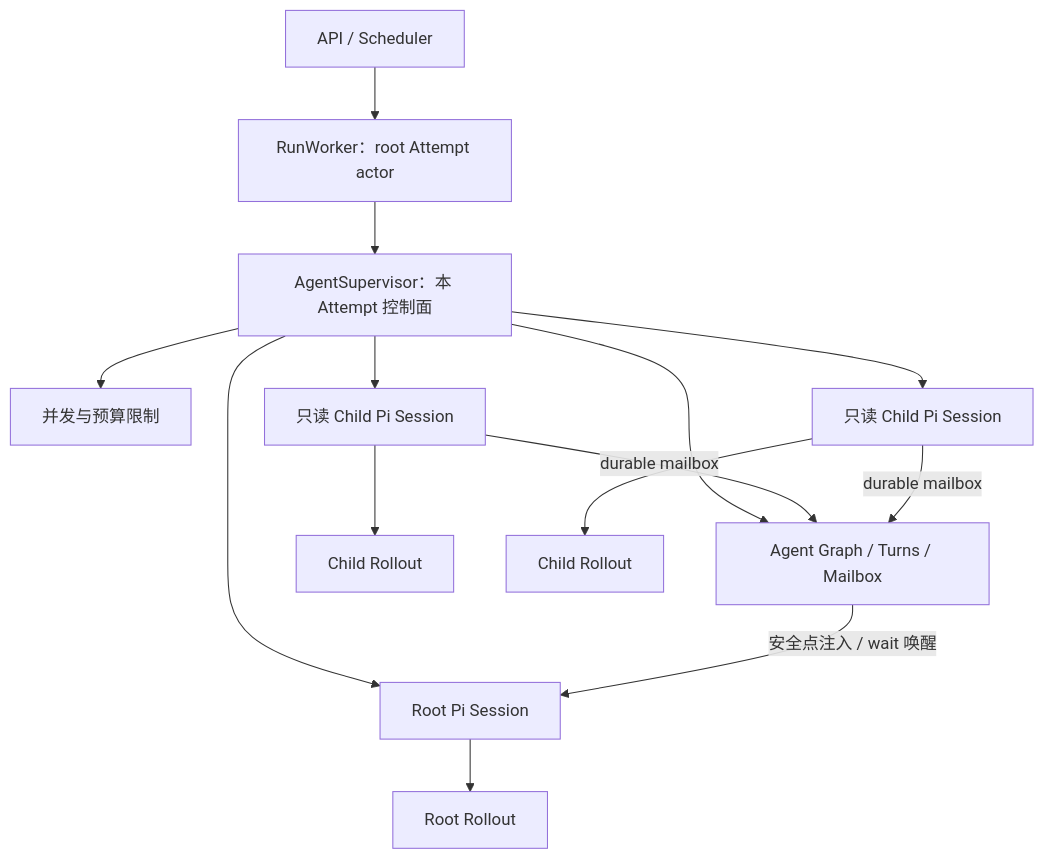
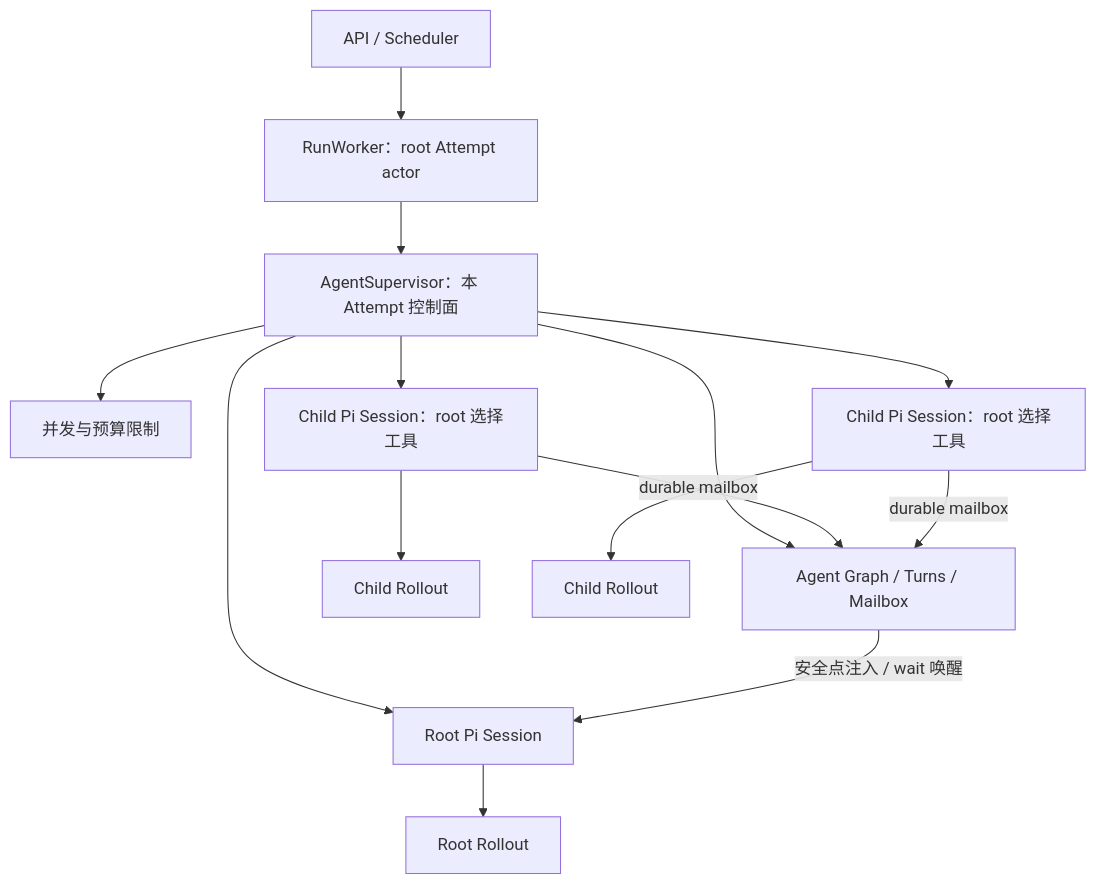
One commit to hooxing/hoox changed the second of 2 diagrams in docs/codex-subagent-plan-runtime-design.md. Above: the diagram before and after it, drawn with Mermaid. The commit also changed other lines of this file and 37 other files, not shown here.

````diff
--- a/docs/codex-subagent-plan-runtime-design.md
+++ b/docs/codex-subagent-plan-runtime-design.md
@@ -192,16 +194,16 @@
 ```mermaid
 flowchart TD
     API["API / Scheduler"] --> RW["RunWorker：root Attempt actor"]
     RW --> Supervisor["AgentSupervisor：本 Attempt 控制面"]
     Supervisor --> Store["Agent Graph / Turns / Mailbox"]
     Supervisor --> Limit["并发与预算限制"]
     Supervisor --> RootSession["Root Pi Session"]
-    Supervisor --> ChildSession1["只读 Child Pi Session"]
-    Supervisor --> ChildSession2["只读 Child Pi Session"]
+    Supervisor --> ChildSession1["Child Pi Session：root 选择工具"]
+    Supervisor --> ChildSession2["Child Pi Session：root 选择工具"]
     RootSession --> RootRollout["Root Rollout"]
     ChildSession1 --> ChildRollout1["Child Rollout"]
     ChildSession2 --> ChildRollout2["Child Rollout"]
     ChildSession1 -->|"durable mailbox"| Store
     ChildSession2 -->|"durable mailbox"| Store
     Store -->|"安全点注入 / wait 唤醒"| RootSession
 ```
````
